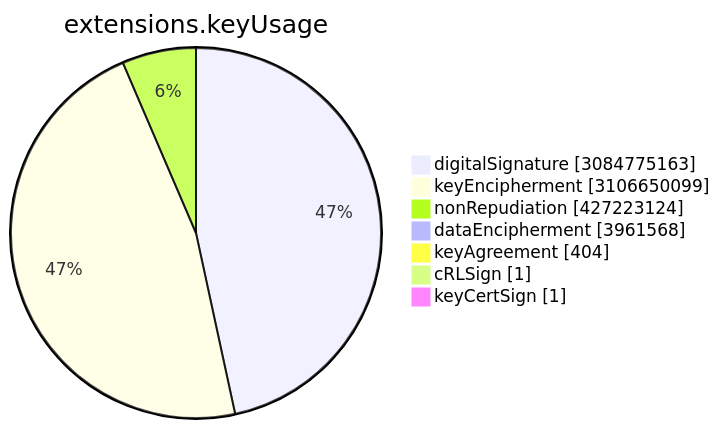
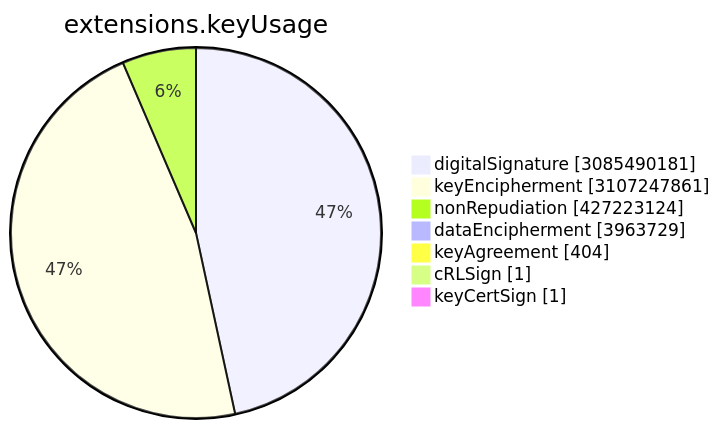
One commit to christiankrug/ctmonitor_visualization changed the sixth of 15 diagrams in TOTAL/README.md. Above: the diagram before and after it, drawn with Mermaid. The commit also changed other lines of this file, not shown here.

````diff
--- a/TOTAL/README.md
+++ b/TOTAL/README.md
@@ -3077,11 +3077,11 @@
 ```mermaid
 pie showData
 title extensions.keyUsage
-"digitalSignature" :3084775163
-"keyEncipherment" :3106650099
+"digitalSignature" :3085490181
+"keyEncipherment" :3107247861
 "nonRepudiation" :427223124
-"dataEncipherment" :3961568
+"dataEncipherment" :3963729
 "keyAgreement" :404
 "cRLSign" :1
 "keyCertSign" :1
 ```
````
